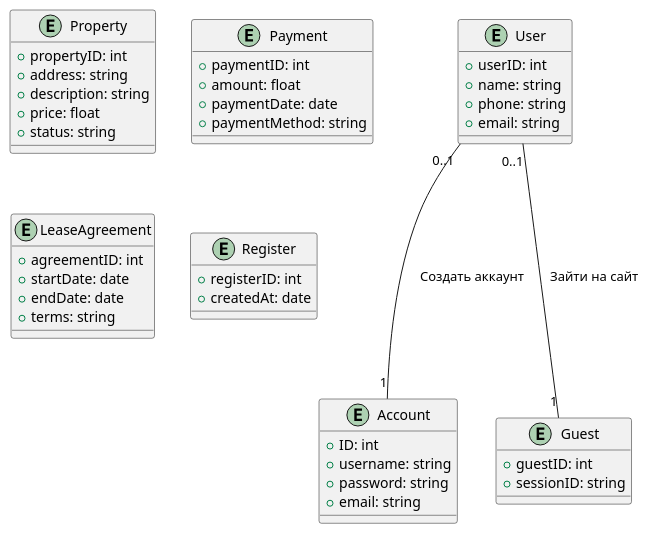
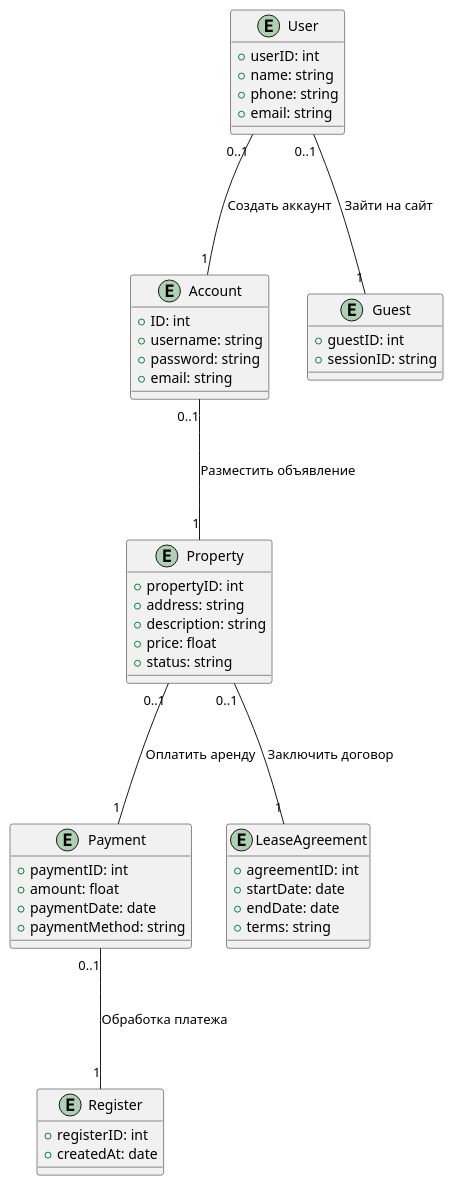
One commit to penamarth/bsbo-01-22_team4_var8 changed the diagram in Domain_model.md. Above: the diagram before and after it, drawn with PlantUML.

Commit message:
Update domain_model

````diff
--- a/Domain_model.md
+++ b/Domain_model.md
@@ -1,53 +1,61 @@
 ```plantuml
 @startuml
 entity Account {
     +ID: int
     +username: string
     +password: string
     +email: string
 }
 
 entity User {
     +userID: int
     +name: string
     +phone: string
     +email: string
 }
 
 entity Guest {
     +guestID: int
     +sessionID: string
 }
 
 entity Property {
     +propertyID: int
     +address: string
     +description: string
     +price: float
     +status: string
 }
 
 entity Payment {
     +paymentID: int
     +amount: float
     +paymentDate: date
     +paymentMethod: string
 }
 
 entity LeaseAgreement {
     +agreementID: int
     +startDate: date
     +endDate: date
     +terms: string
 }
 
 entity Register {
     +registerID: int
     +createdAt: date
 }
 
 User "0..1" -down-- "1" Account : Создать аккаунт
 User "0..1" -down-- "1" Guest : Зайти на сайт
 
+Account "0..1" -down-- "1" Property : Разместить объявление
+
+Property "0..1" -down-- "1" Payment : Оплатить аренду
+
+Property "0..1" -down-- "1" LeaseAgreement : Заключить договор
+
+Payment "0..1" -down-- "1" Register : Обработка платежа
+
 @enduml
 ```
````
